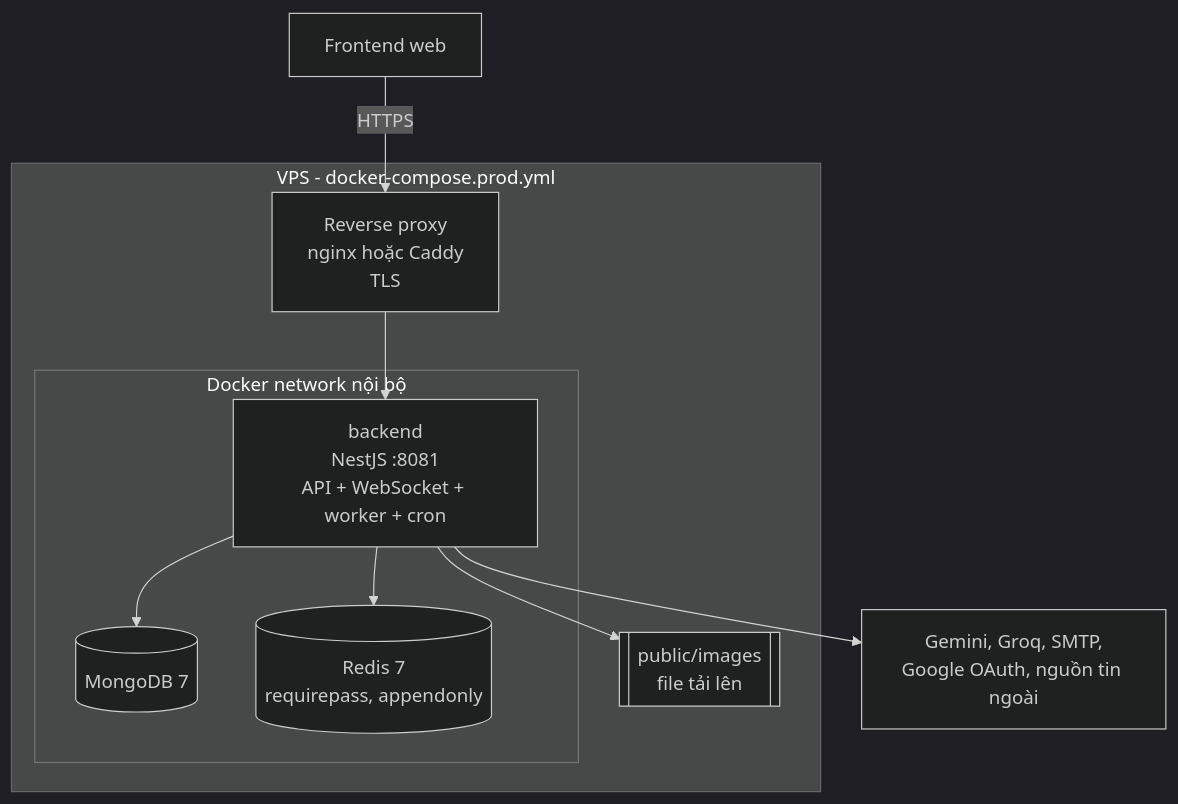
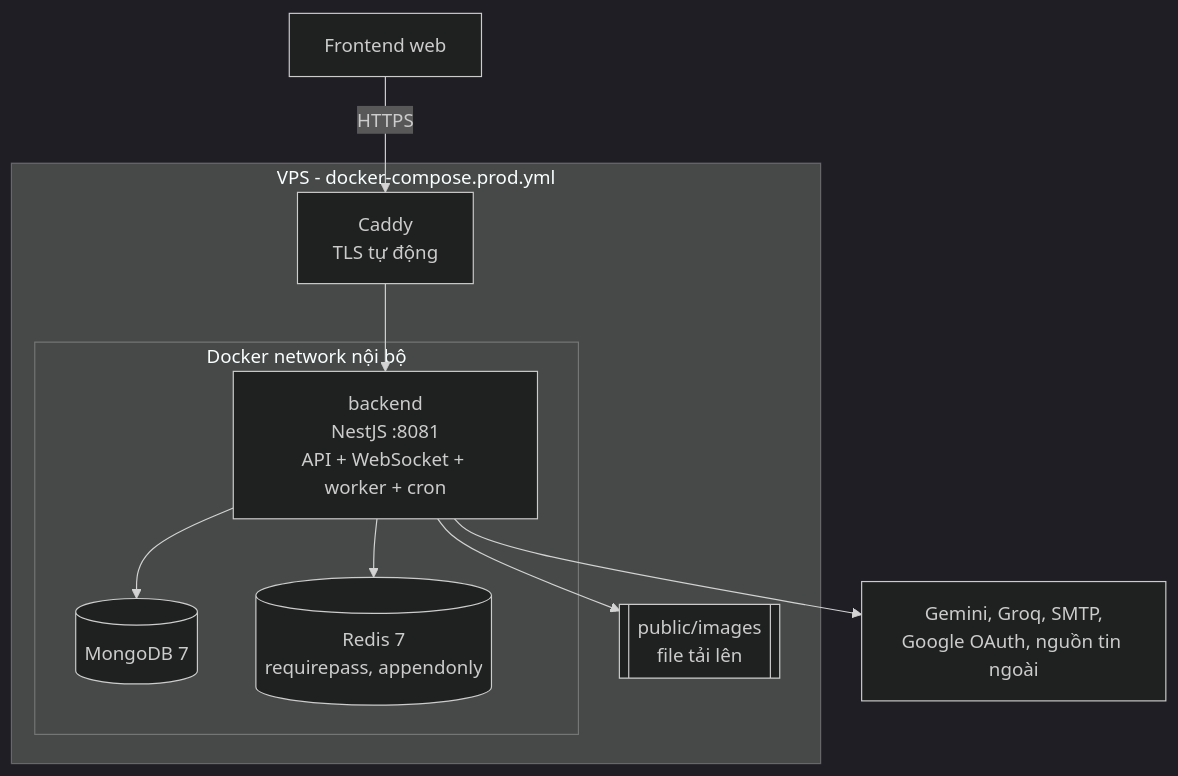
Before and after one commit to QuocDuy21-10/it-job-portal-be: the diagram in docs/02-architecture/container-diagram.md, drawn with Mermaid (dark theme). The commit also changed other lines of this file and 11 other files, not shown here.

````diff
--- a/docs/02-architecture/container-diagram.md
+++ b/docs/02-architecture/container-diagram.md
@@ -7,20 +7,20 @@
 ```mermaid
 flowchart TB
     fe["Frontend web"]
     subgraph vps["VPS - docker-compose.prod.yml"]
-        proxy["Reverse proxy<br/>nginx hoặc Caddy<br/>TLS"]
+        proxy["Caddy<br/>TLS tự động"]
         subgraph net["Docker network nội bộ"]
             be["backend<br/>NestJS :8081<br/>API + WebSocket + worker + cron"]
             mongo[("MongoDB 7")]
             redis[("Redis 7<br/>requirepass, appendonly")]
         end
         uploads[["public/images<br/>file tải lên"]]
     end
     ext["Gemini, Groq, SMTP,<br/>Google OAuth, nguồn tin ngoài"]
 
     fe -->|HTTPS| proxy --> be
     be --> mongo
     be --> redis
     be --> uploads
     be --> ext
 ```
````
